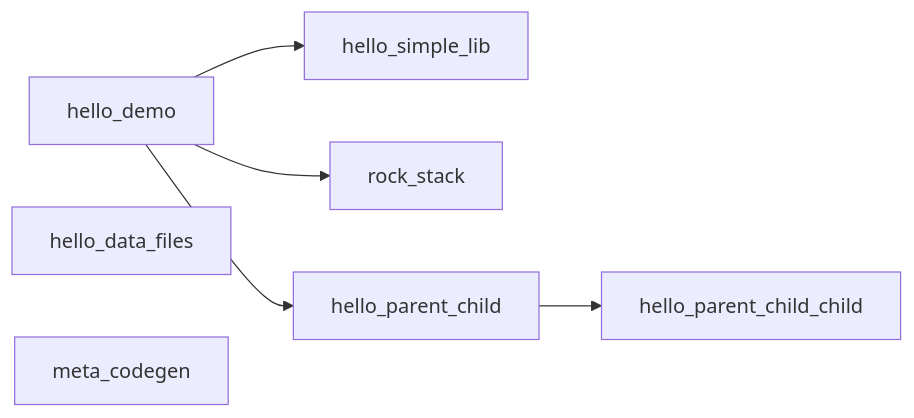
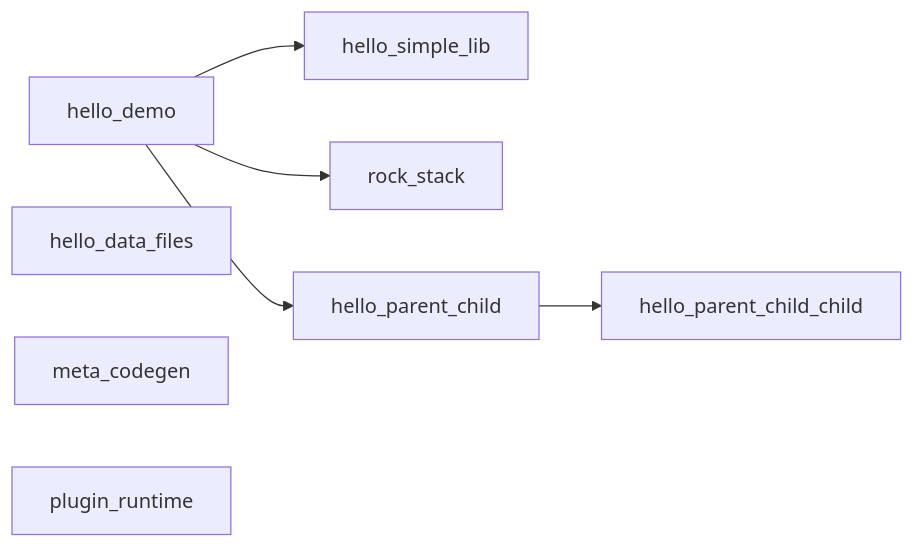
Before and after one commit to shelltdf/up: the diagram in test_projects/README.md, drawn with Mermaid. The commit also changed other lines of this file and 16 other files, not shown here.

````diff
--- a/test_projects/README.md
+++ b/test_projects/README.md
@@ -20,14 +21,15 @@
 ```mermaid
 flowchart LR
   hello_simple_lib["hello_simple_lib"]
   hello_demo["hello_demo"]
   rock_stack["rock_stack"]
   hello_parent_child["hello_parent_child"]
   hello_parent_child_child["hello_parent_child_child"]
   hello_data_files["hello_data_files"]
   meta_codegen["meta_codegen"]
+  plugin_runtime["plugin_runtime"]
   hello_demo --> hello_simple_lib
   hello_demo --> rock_stack
   hello_demo --> hello_parent_child
   hello_parent_child --> hello_parent_child_child
 ```
````
